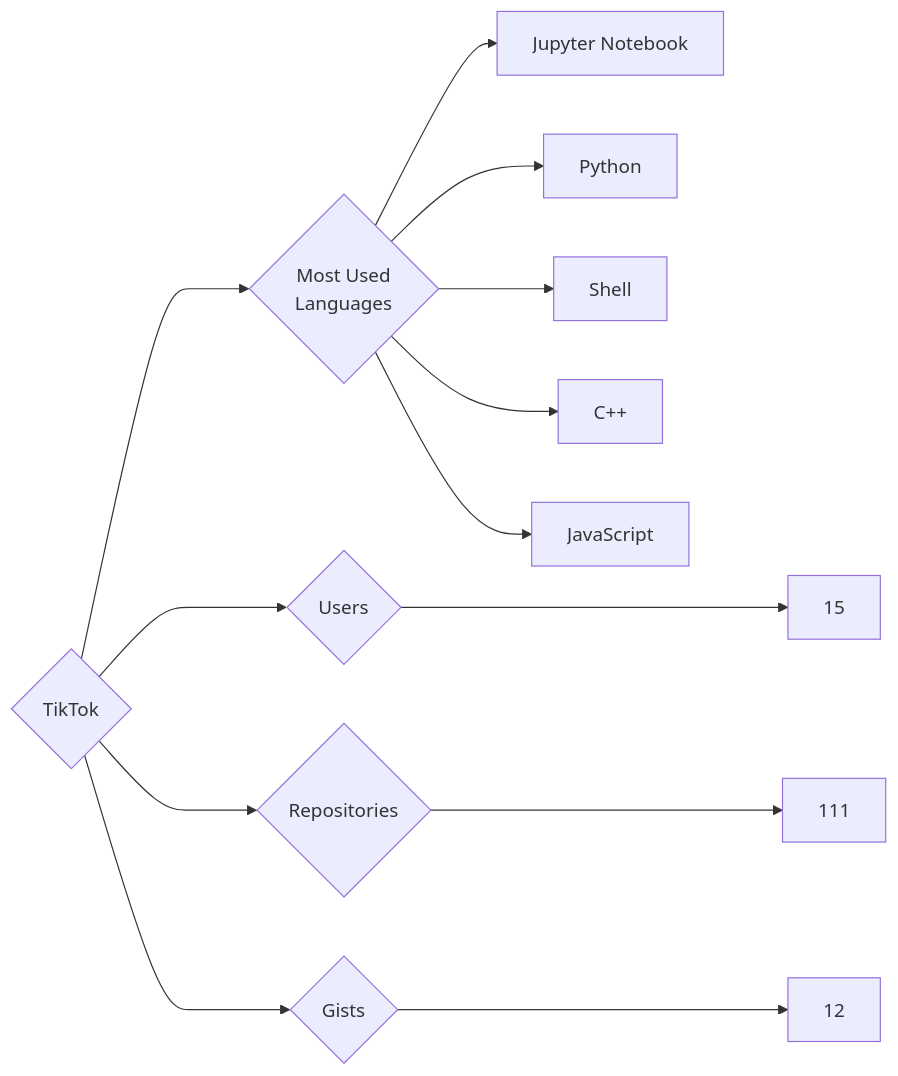
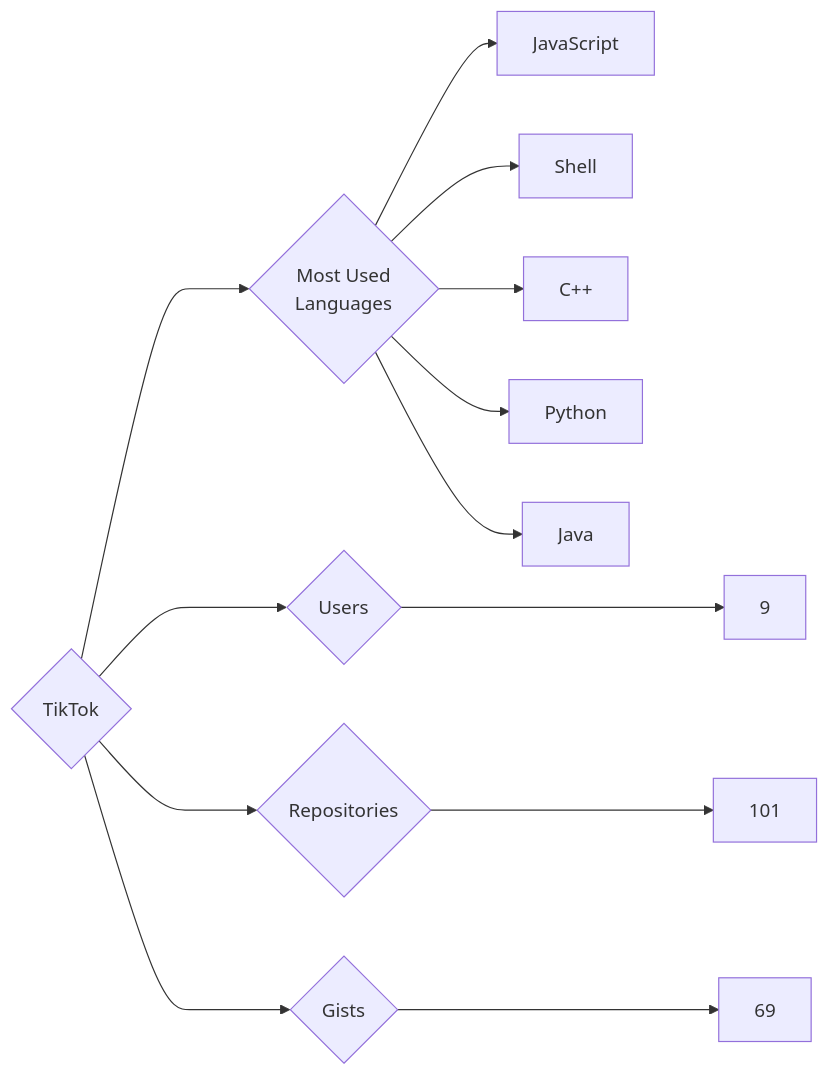
Before and after one commit to trickest/insiders: the diagram in targets/TikTok/README.md, drawn with Mermaid. The commit also changed 871 other files, not shown here.

````diff
--- a/targets/TikTok/README.md
+++ b/targets/TikTok/README.md
@@ -3,13 +3,13 @@
 ```mermaid
 graph LR
 COMPANY_NAME{TikTok}
-COMPANY_NAME ---> U{Users} ---> UN[15]
-COMPANY_NAME ---> R{Repositories} ---> RN[111]
-COMPANY_NAME ---> G{Gists} ---> GN[12]
+COMPANY_NAME ---> U{Users} ---> UN[9]
+COMPANY_NAME ---> R{Repositories} ---> RN[101]
+COMPANY_NAME ---> G{Gists} ---> GN[69]
 COMPANY_NAME ---> ML{Most Used<br>Languages}
-ML --> Jupyter_Notebook[Jupyter Notebook]
-ML --> Python[Python]
+ML --> JavaScript[JavaScript]
 ML --> Shell[Shell]
 ML --> C++[C++]
-ML --> JavaScript[JavaScript]
+ML --> Python[Python]
+ML --> Java[Java]
 ```
````
